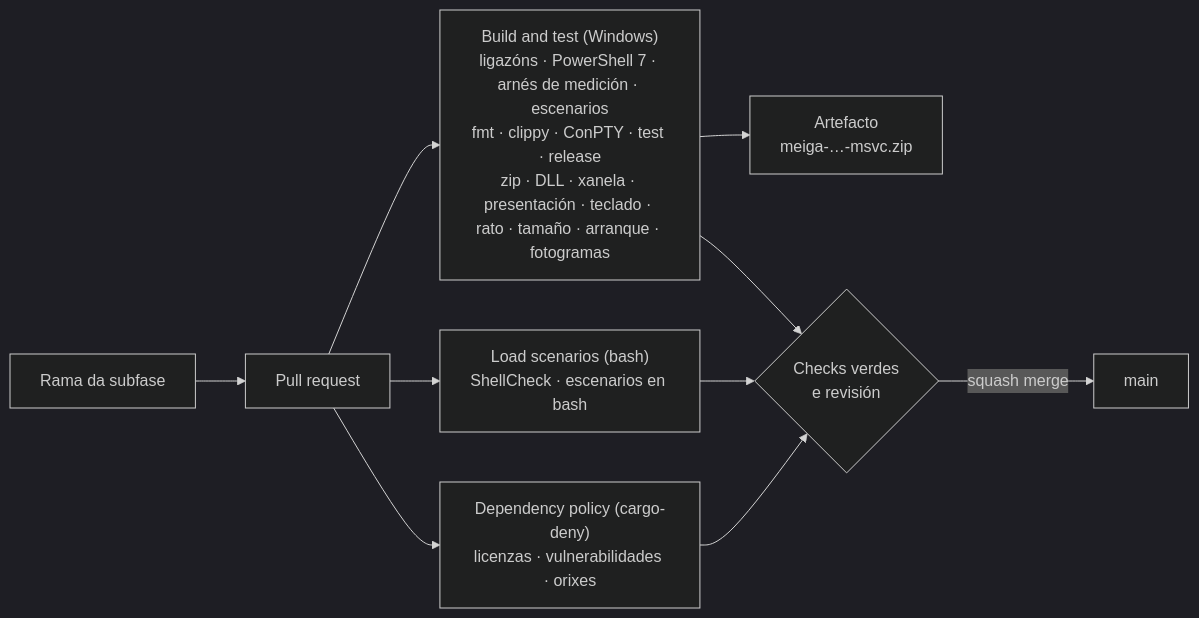
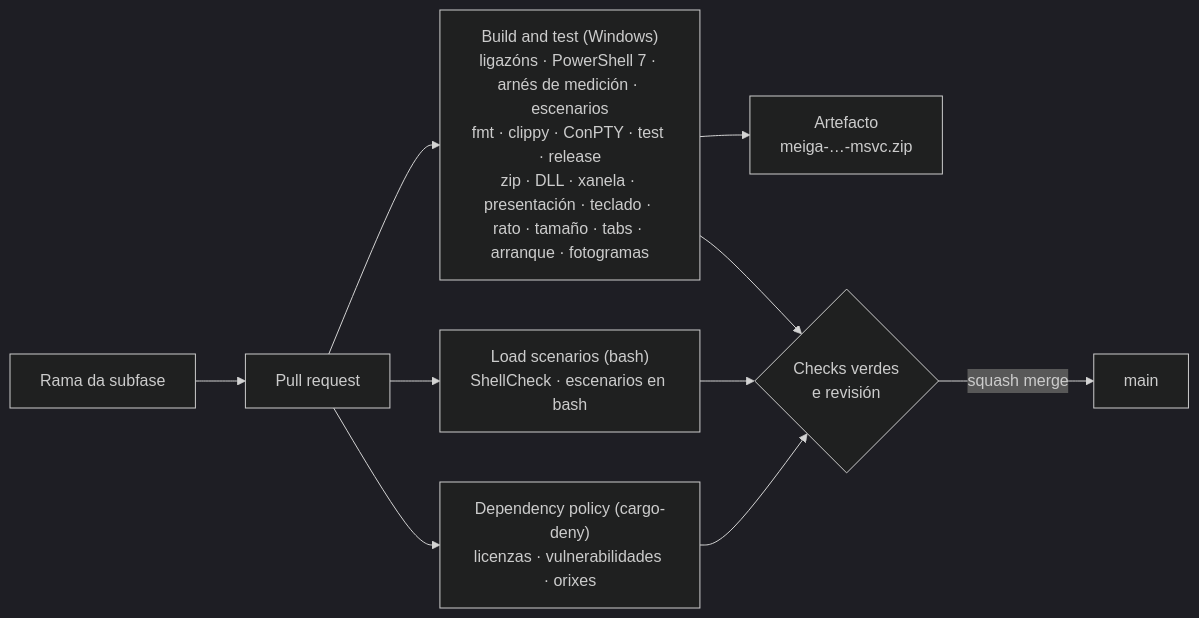
Diagram 13 of 15 in docs/arquitectura.md (NewHouses/meiga), drawn with Mermaid (dark theme) before and after one commit. The commit also changed other lines of this file and 33 other files, not shown here.

````diff
--- a/docs/arquitectura.md
+++ b/docs/arquitectura.md
@@ -350,12 +379,12 @@
 ```mermaid
 flowchart LR
     rama["Rama da subfase"] --> pr["Pull request"]
-    pr --> win["Build and test (Windows)<br/>ligazóns · PowerShell 7 · arnés de medición · escenarios<br/>fmt · clippy · ConPTY · test · release<br/>zip · DLL · xanela · presentación · teclado · rato · tamaño · arranque · fotogramas"]
+    pr --> win["Build and test (Windows)<br/>ligazóns · PowerShell 7 · arnés de medición · escenarios<br/>fmt · clippy · ConPTY · test · release<br/>zip · DLL · xanela · presentación · teclado · rato · tamaño · tabs · arranque · fotogramas"]
     pr --> scen["Load scenarios (bash)<br/>ShellCheck · escenarios en bash"]
     pr --> deny["Dependency policy (cargo-deny)<br/>licenzas · vulnerabilidades · orixes"]
     win --> art["Artefacto<br/>meiga-…-msvc.zip"]
     win --> ok{"Checks verdes<br/>e revisión"}
     scen --> ok
     deny --> ok
     ok -->|squash merge| main["main"]
 ```
````
